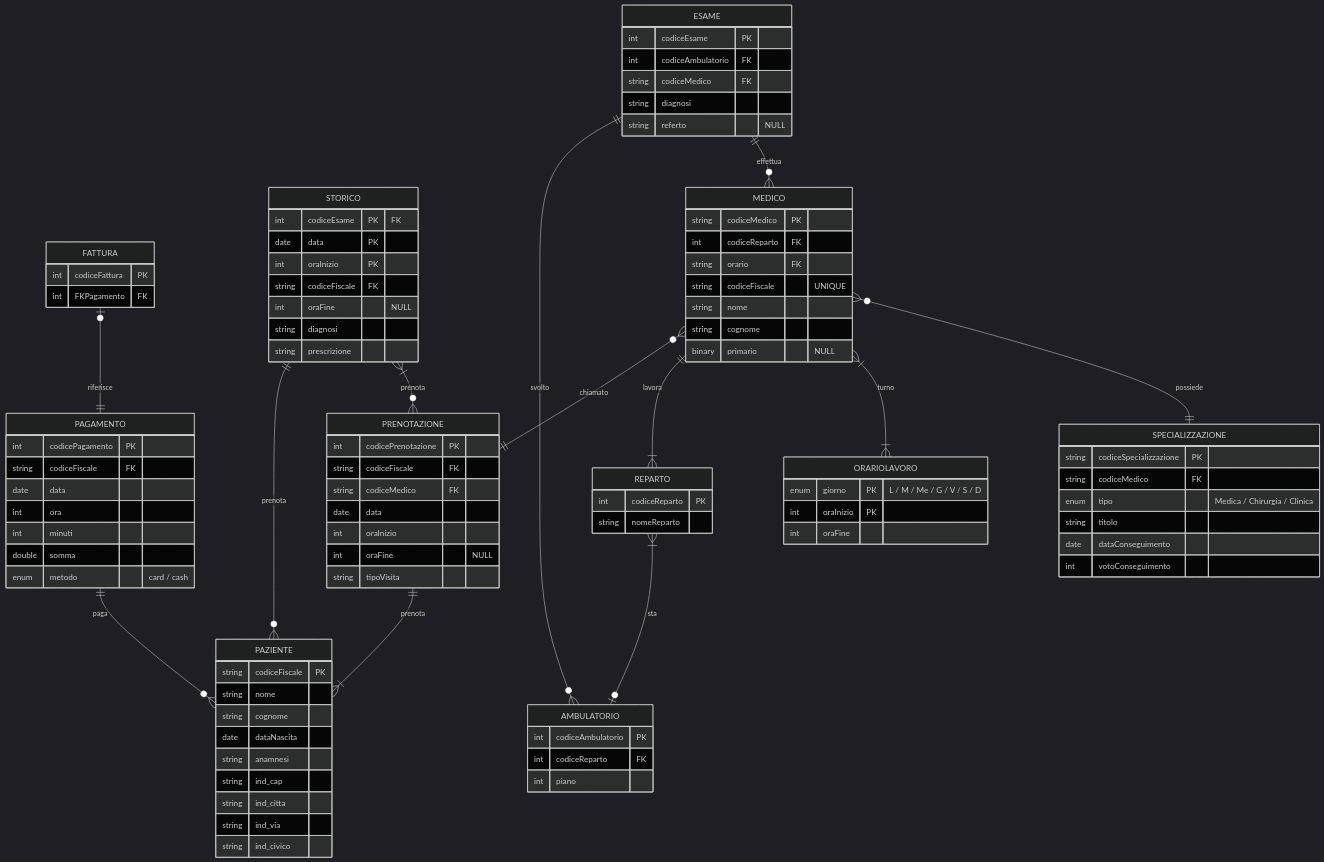
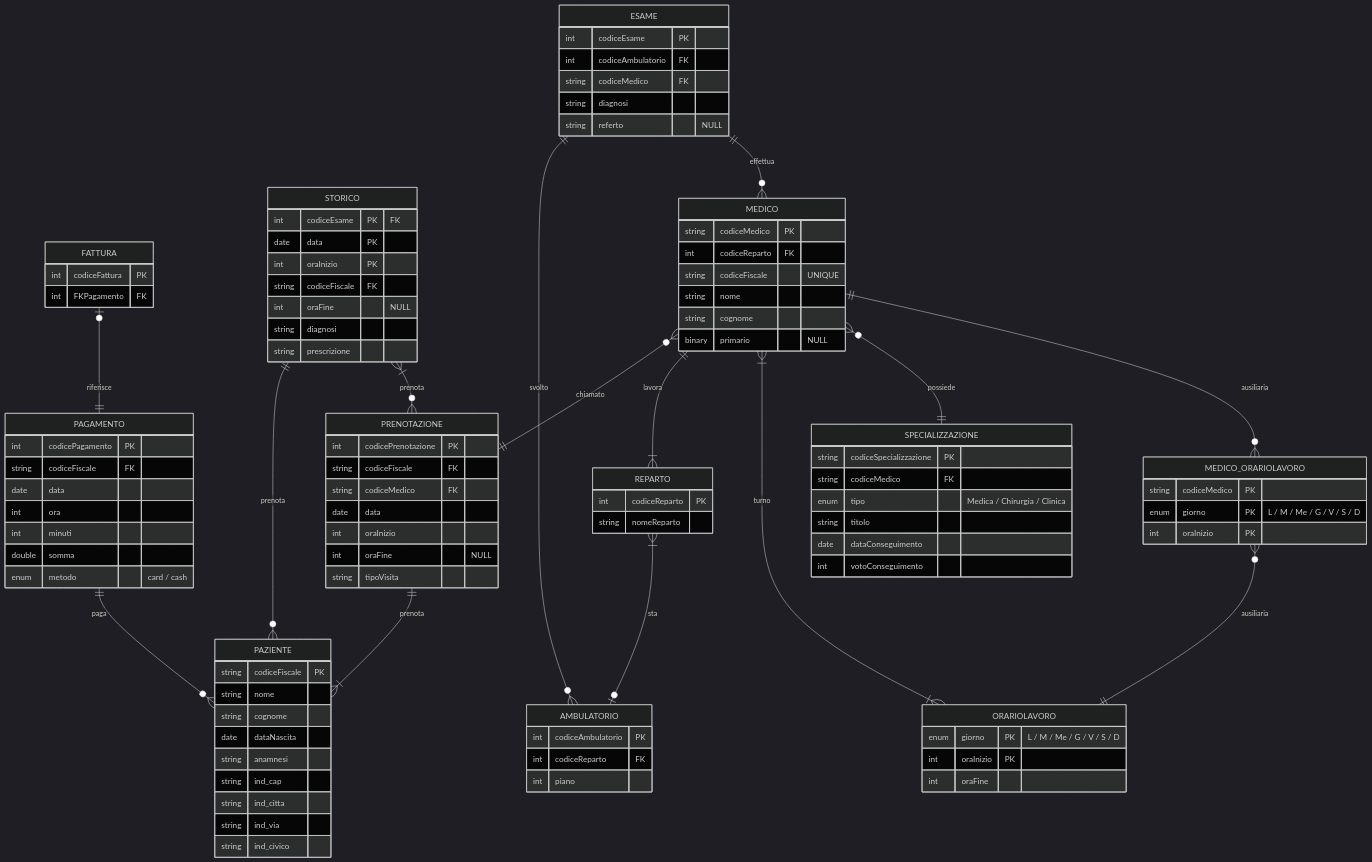
Before and after one commit to satuscano/Progetto-Informatica-Tuscano: the diagram in README.md, drawn with Mermaid (dark theme). The commit also changed other lines of this file and 1 other file, not shown here.

````diff
--- a/README.md
+++ b/README.md
@@ -43,6 +43,8 @@
         ESAME ||--o{ MEDICO : effettua
         MEDICO |{--|{ ORARIOLAVORO : turno
         MEDICO o{--|| SPECIALIZZAZIONE : possiede
+        MEDICO ||--o{ MEDICO_ORARIOLAVORO : ausiliaria
+        MEDICO_ORARIOLAVORO }o--|| ORARIOLAVORO : ausiliaria
 
         FATTURA {
             int codiceFattura PK
@@ -94,7 +96,6 @@
         MEDICO {
             string codiceMedico PK
             int codiceReparto FK
-            string orario FK
             string codiceFiscale "UNIQUE"
             string nome
             string cognome
@@ -134,5 +135,11 @@
             date dataConseguimento
             int votoConseguimento
         }
+
+        MEDICO_ORARIOLAVORO {
+            string codiceMedico PK
+            enum giorno PK "L / M / Me / G / V / S / D"
+            int oraInizio PK
+        }
         
 ```
````
